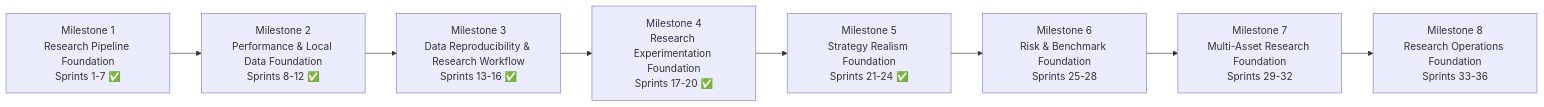
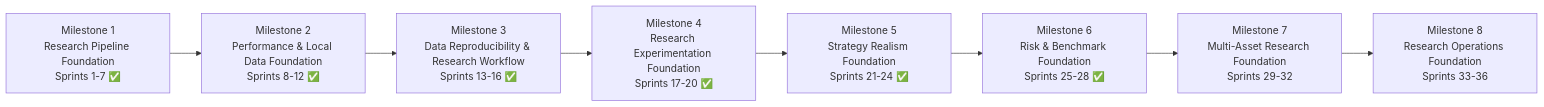
One commit to yanxinnnnnn/El-Psy-Quant changed the diagram in docs/roadmap.md. Above: the diagram before and after it, drawn with Mermaid. The commit also changed other lines of this file, not shown here.

Commit message:
docs: update roadmap after milestone 6

````diff
--- a/docs/roadmap.md
+++ b/docs/roadmap.md
@@ -15,10 +15,10 @@
 ```mermaid
 flowchart LR
     M1["Milestone 1<br/>Research Pipeline Foundation<br/>Sprints 1-7 ✅"] --> M2["Milestone 2<br/>Performance & Local Data Foundation<br/>Sprints 8-12 ✅"]
     M2 --> M3["Milestone 3<br/>Data Reproducibility & Research Workflow<br/>Sprints 13-16 ✅"]
     M3 --> M4["Milestone 4<br/>Research Experimentation Foundation<br/>Sprints 17-20 ✅"]
     M4 --> M5["Milestone 5<br/>Strategy Realism Foundation<br/>Sprints 21-24 ✅"]
-    M5 --> M6["Milestone 6<br/>Risk & Benchmark Foundation<br/>Sprints 25-28"]
+    M5 --> M6["Milestone 6<br/>Risk & Benchmark Foundation<br/>Sprints 25-28 ✅"]
     M6 --> M7["Milestone 7<br/>Multi-Asset Research Foundation<br/>Sprints 29-32"]
     M7 --> M8["Milestone 8<br/>Research Operations Foundation<br/>Sprints 33-36"]
 ```
````
